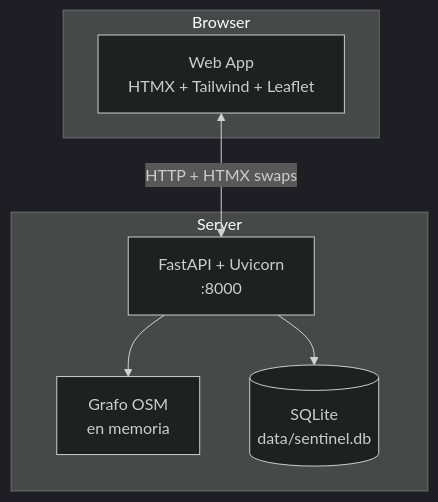
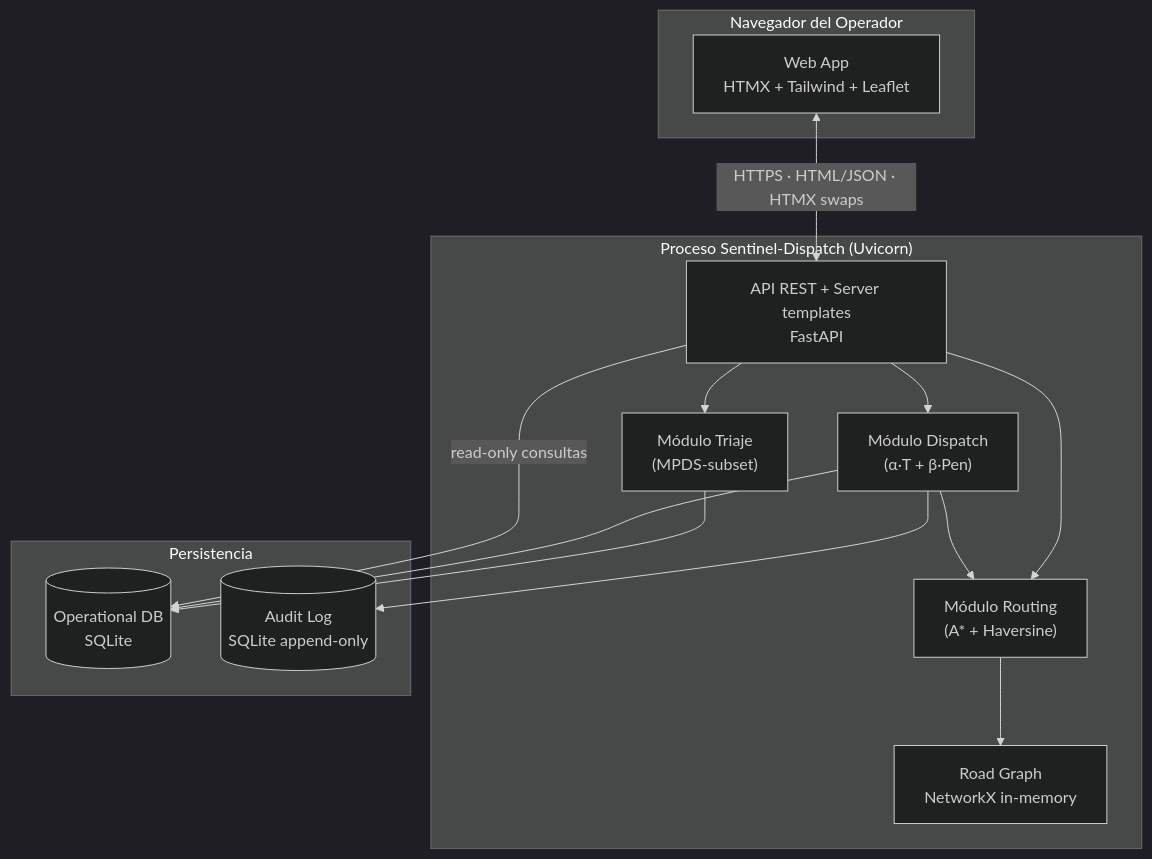
One commit to Jacket-69/sentinel-dispatch changed the diagram in docs/architecture/c4-container.md. Above: the diagram before and after it, drawn with Mermaid (dark theme). The commit also changed other lines of this file, not shown here.

Commit message:
docs(arch): convertir c4-container.md en vista lógica pura
Antes era placeholder. Ahora es la contraparte lógica de c4-deployment.md:

- Tabla de containers con tecnología y responsabilidad por cada uno
  (Web App, API, Operational DB, Audit Log, Road Graph).
- Diagrama Mermaid de relaciones que explicita los módulos de dominio
  (Triaje, Routing, Dispatch) dentro del proceso FastAPI.
- Notas de diseño: monolito modular (ADR-0002), Audit Log separable a
  WORM en v2, Road Graph como container por ciclo de vida propio.

Cierra la separación lógico/físico del bloque Diseño:
- c4-container.md → vista lógica (este archivo).
- c4-deployment.md → Diseño Arquitectura Física (deployment real).

````diff
--- a/docs/architecture/c4-container.md
+++ b/docs/architecture/c4-container.md
@@ -14,14 +18,30 @@
 ```mermaid
 flowchart TB
-    subgraph Browser
-        UI[Web App<br/>HTMX + Tailwind + Leaflet]
+    subgraph Cliente["Navegador del Operador"]
+        UI["Web App<br/>HTMX + Tailwind + Leaflet"]
     end
-    subgraph Server
-        API[FastAPI + Uvicorn<br/>:8000]
-        Graph[Grafo OSM<br/>en memoria]
-        DB[(SQLite<br/>data/sentinel.db)]
+
+    subgraph App["Proceso Sentinel-Dispatch (Uvicorn)"]
+        API["API REST + Server templates<br/>FastAPI"]
+        Triaje["Módulo Triaje<br/>(MPDS-subset)"]
+        Routing["Módulo Routing<br/>(A* + Haversine)"]
+        Dispatch["Módulo Dispatch<br/>(α·T + β·Pen)"]
+        Graph["Road Graph<br/>NetworkX in-memory"]
     end
-    UI <-->|HTTP + HTMX swaps| API
-    API --> Graph
-    API --> DB
+
+    subgraph Datos["Persistencia"]
+        DB[("Operational DB<br/>SQLite")]
+        Log[("Audit Log<br/>SQLite append-only")]
+    end
+
+    UI <-->|HTTPS · HTML/JSON · HTMX swaps| API
+    API --> Triaje
+    API --> Routing
+    API --> Dispatch
+    Routing --> Graph
+    Dispatch --> Routing
+    Triaje --> DB
+    Dispatch --> DB
+    Dispatch --> Log
+    API -->|read-only consultas| DB
 ```
````
